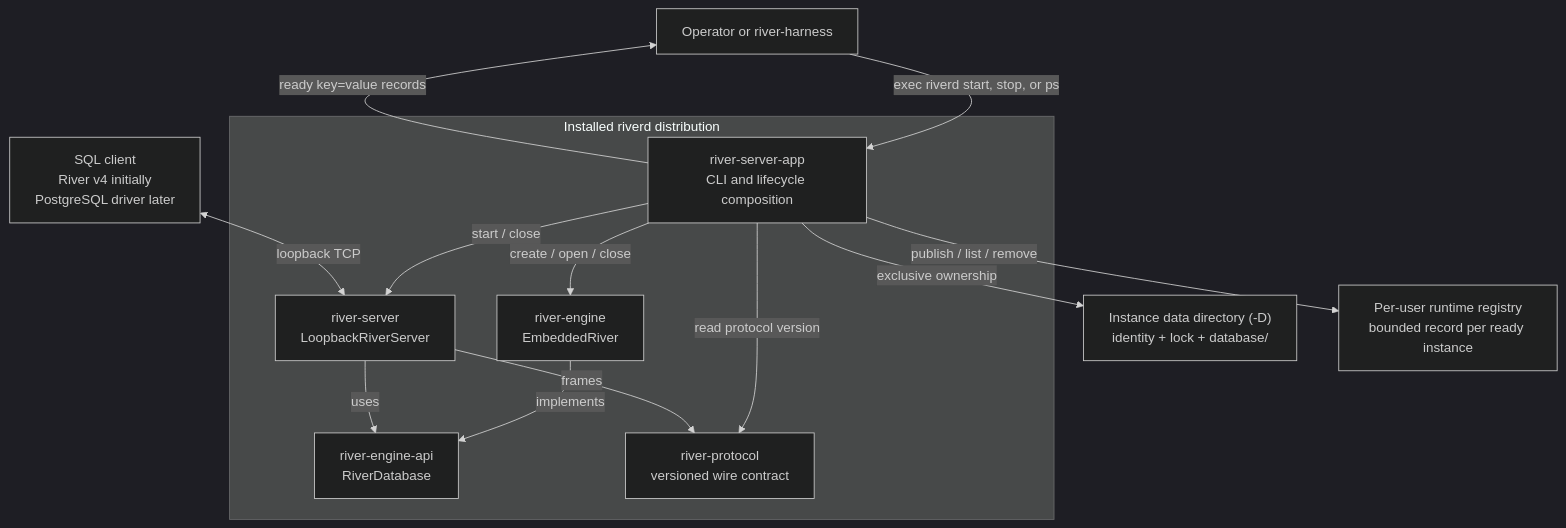
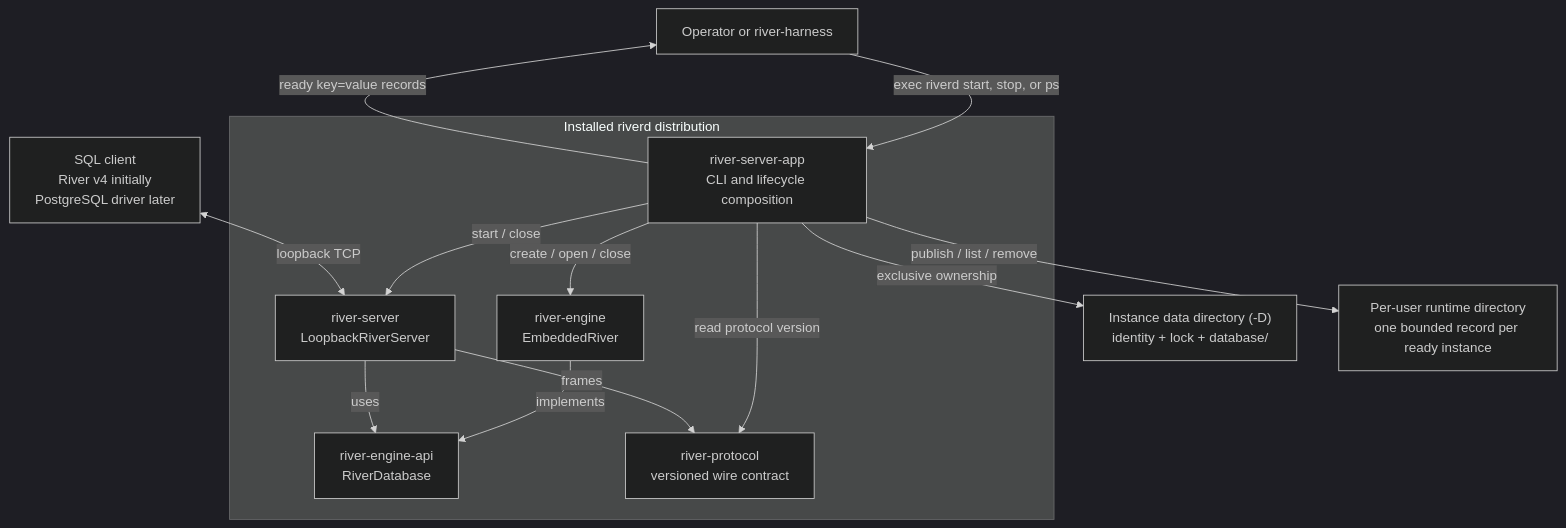
The first of 2 diagrams in docs/plans/riverd-standalone-server-plan.md (blater/river), drawn with Mermaid (dark theme) before and after one commit. The commit also changed other lines of this file and 19 other files, not shown here.

First line of the commit message:
Discover server instances from one runtime record

````diff
--- a/docs/plans/riverd-standalone-server-plan.md
+++ b/docs/plans/riverd-standalone-server-plan.md
@@ -72,29 +72,29 @@
 ```mermaid
 flowchart TD
   caller["Operator or river-harness"]
   client["SQL client<br/>River v4 initially<br/>PostgreSQL driver later"]
 
   subgraph distribution["Installed riverd distribution"]
     app["river-server-app<br/>CLI and lifecycle composition"]
     engine["river-engine<br/>EmbeddedRiver"]
     server["river-server<br/>LoopbackRiverServer"]
     api["river-engine-api<br/>RiverDatabase"]
     protocol["river-protocol<br/>versioned wire contract"]
 
     app -->|"create / open / close"| engine
     app -->|"start / close"| server
     app -->|"read protocol version"| protocol
     engine -->|"implements"| api
     server -->|"uses"| api
     server -->|"frames"| protocol
   end
 
   home["Instance data directory (-D)<br/>identity + lock + database/"]
-  registry["Per-user runtime registry<br/>bounded record per ready instance"]
+  runtime["Per-user runtime directory<br/>one bounded record per ready instance"]
 
   caller -->|"exec riverd start, stop, or ps"| app
   app -->|"exclusive ownership"| home
-  app -->|"publish / list / remove"| registry
+  app -->|"publish / list / remove"| runtime
   app -->|"ready key=value records"| caller
   client <-->|"loopback TCP"| server
 ```
````
